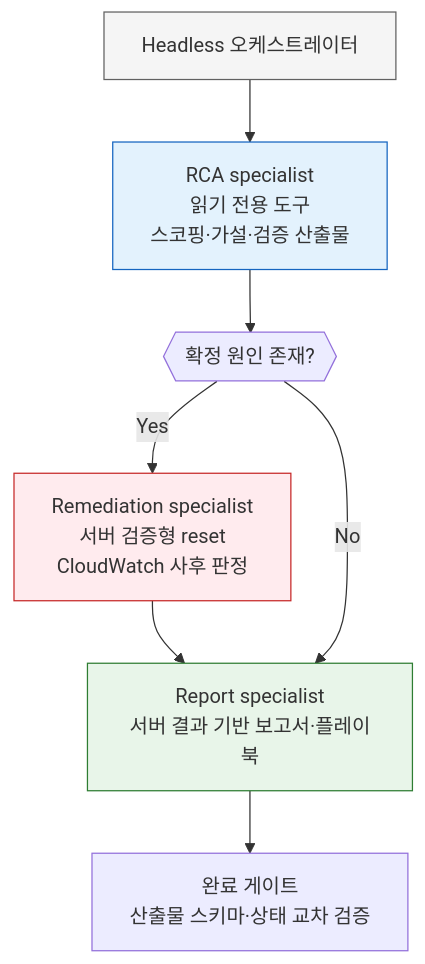
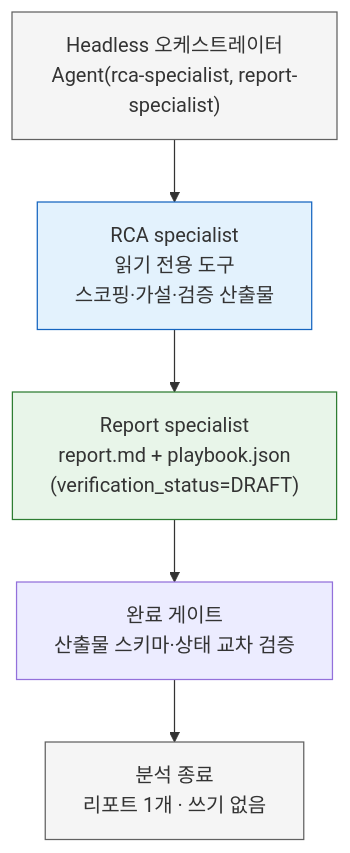
Before and after one commit to haandol/rca-agent: the sixth of 9 diagrams in docs/architecture-and-demo-flow.md, drawn with Mermaid. The commit also changed other lines of this file and 7 other files, not shown here.

````diff
--- a/docs/architecture-and-demo-flow.md
+++ b/docs/architecture-and-demo-flow.md
@@ -391,19 +392,15 @@
 ```mermaid
 flowchart TD
-    ORCH["Headless 오케스트레이터"]
+    ORCH["Headless 오케스트레이터<br/>Agent(rca-specialist, report-specialist)"]
     RCA["RCA specialist<br/>읽기 전용 도구<br/>스코핑·가설·검증 산출물"]
-    CONFIRMED{{"확정 원인 존재?"}}
-    REM["Remediation specialist<br/>서버 검증형 reset<br/>CloudWatch 사후 판정"]
-    REPORT["Report specialist<br/>서버 결과 기반 보고서·플레이북"]
+    REPORT["Report specialist<br/>report.md + playbook.json<br/>(verification_status=DRAFT)"]
     CHECK["완료 게이트<br/>산출물 스키마·상태 교차 검증"]
+    DONE["분석 종료<br/>리포트 1개 · 쓰기 없음"]
 
-    ORCH --> RCA --> CONFIRMED
-    CONFIRMED -->|Yes| REM --> REPORT
-    CONFIRMED -->|No| REPORT
-    REPORT --> CHECK
+    ORCH --> RCA --> REPORT --> CHECK --> DONE
 
     style ORCH fill:#f5f5f5,stroke:#616161
     style RCA fill:#e3f2fd,stroke:#1565c0
-    style REM fill:#ffebee,stroke:#c62828
     style REPORT fill:#e8f5e9,stroke:#2e7d32
+    style DONE fill:#f5f5f5,stroke:#616161
 ```
````
